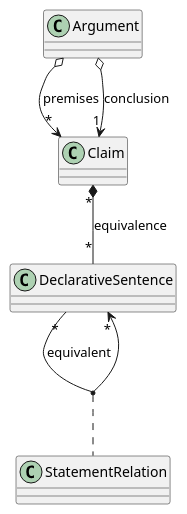
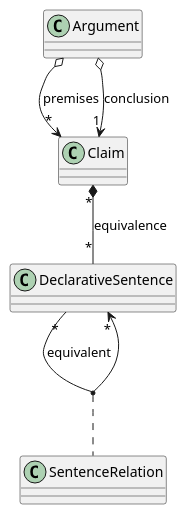
One commit to canonical-debate-lab/cd-domain-model changed the diagram in diagram/declarative.puml. Above: the diagram before and after it, drawn with PlantUML.

Commit message:
rename Statement->Sentence

```diff
--- a/diagram/declarative.puml
+++ b/diagram/declarative.puml
@@ -1,16 +1,16 @@
 @startuml
 
 class DeclarativeSentence
 
 
 class Claim
 Claim "*" *-- "*" DeclarativeSentence : equivalence
 
 DeclarativeSentence "*" --> "*" DeclarativeSentence : equivalent
-(DeclarativeSentence , DeclarativeSentence) . StatementRelation
+(DeclarativeSentence , DeclarativeSentence) . SentenceRelation
 
 class Argument
 Argument o--> "*" Claim : premises
 Argument o--> "1" Claim : conclusion
 
 @enduml
```
